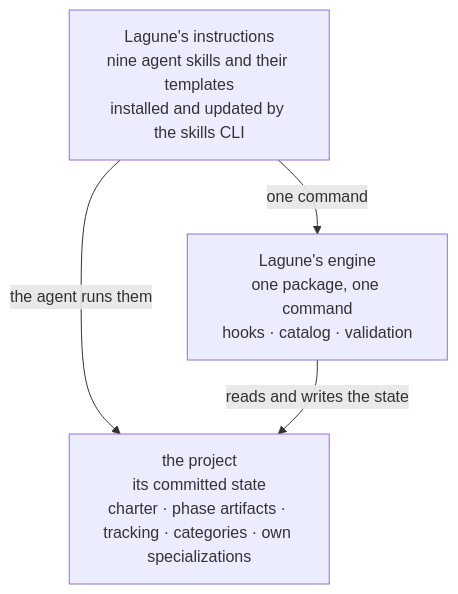
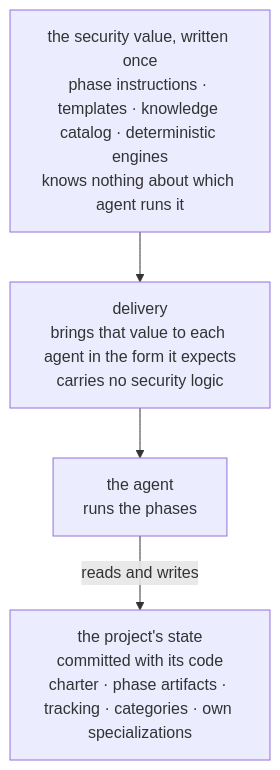
One commit to wellwelwel/lagune changed the sixth of 7 diagrams in website/src/content/PAPER.mdx. Above: the diagram before and after it, drawn with Mermaid. The commit also changed other lines of this file, not shown here.

````diff
--- a/website/src/content/PAPER.mdx
+++ b/website/src/content/PAPER.mdx
@@ -378,9 +375,9 @@
 ```mermaid
 flowchart TB
-    skills["Lagune's instructions<br/>nine agent skills and their templates<br/>installed and updated by the skills CLI"]
-    engine["Lagune's engine<br/>one package, one command<br/>hooks · catalog · validation"]
-    project["the project<br/>its committed state<br/>charter · phase artifacts · tracking · categories · own specializations"]
-    skills -->|"the agent runs them"| project
-    skills -->|"one command"| engine
-    engine -->|"reads and writes the state"| project
+    value["the security value, written once<br/>phase instructions · templates · knowledge catalog · deterministic engines<br/>knows nothing about which agent runs it"]
+    delivery["delivery<br/>brings that value to each agent in the form it expects<br/>carries no security logic"]
+    agent["the agent<br/>runs the phases"]
+    project["the project's state<br/>committed with its code<br/>charter · phase artifacts · tracking · categories · own specializations"]
+    value --> delivery --> agent
+    agent -->|"reads and writes"| project
 ```
````
